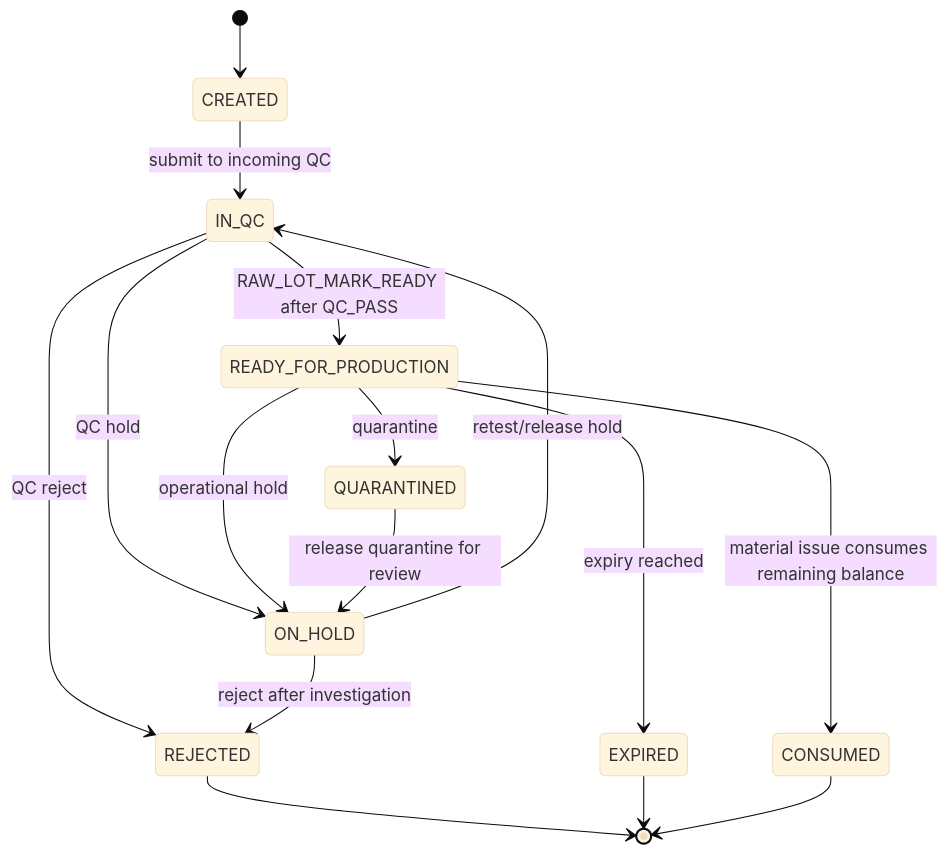
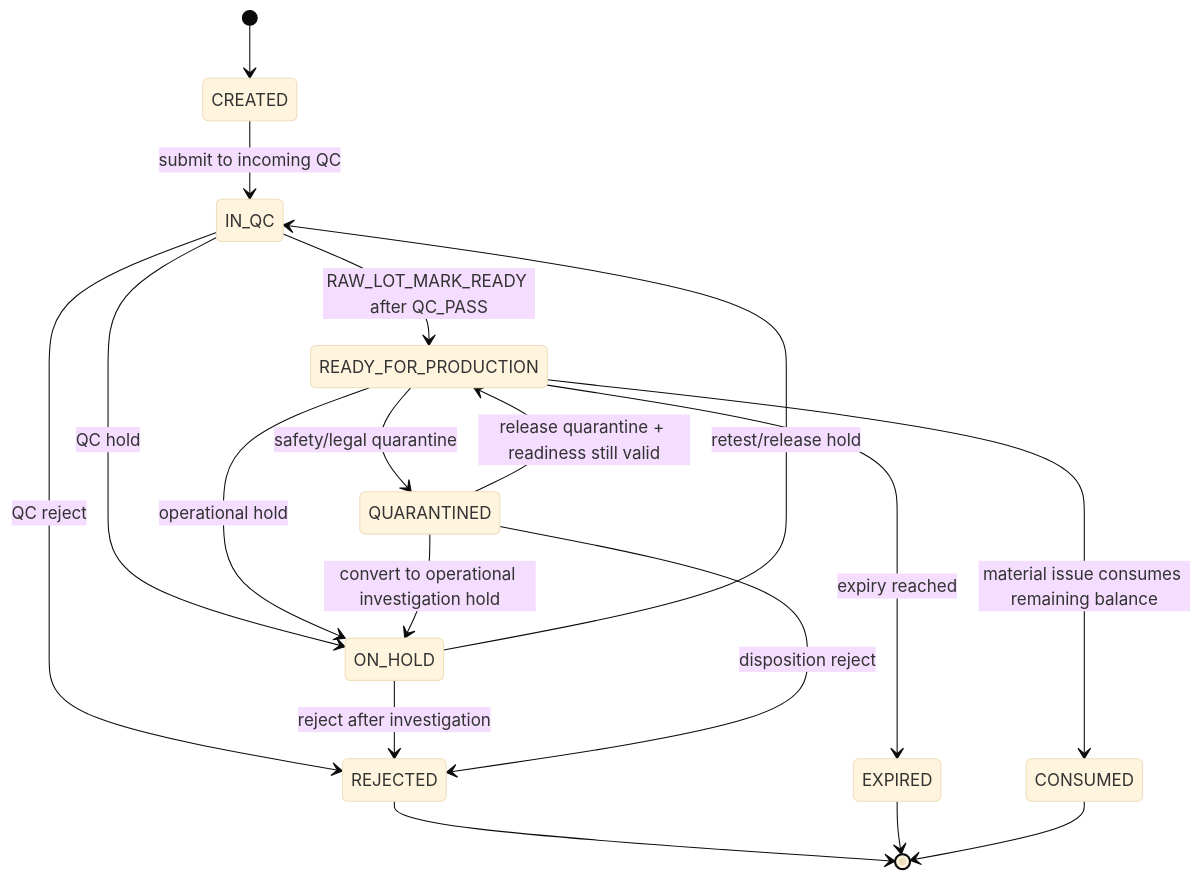
The first of 4 diagrams in docs/software-specs/modules/06_RAW_MATERIAL.md (ngquoctoan2001/Ginsengfood-Operational-System), drawn with Mermaid (base theme) before and after one commit. The commit also changed other lines of this file and 125 other files, not shown here.

````diff
--- a/docs/software-specs/modules/06_RAW_MATERIAL.md
+++ b/docs/software-specs/modules/06_RAW_MATERIAL.md
@@ -138,18 +138,20 @@
 ```mermaid
 stateDiagram-v2
     [*] --> CREATED
     CREATED --> IN_QC: submit to incoming QC
     IN_QC --> ON_HOLD: QC hold
     IN_QC --> REJECTED: QC reject
     IN_QC --> READY_FOR_PRODUCTION: RAW_LOT_MARK_READY after QC_PASS
     ON_HOLD --> IN_QC: retest/release hold
     ON_HOLD --> REJECTED: reject after investigation
     READY_FOR_PRODUCTION --> ON_HOLD: operational hold
-    READY_FOR_PRODUCTION --> QUARANTINED: quarantine
+    READY_FOR_PRODUCTION --> QUARANTINED: safety/legal quarantine
     READY_FOR_PRODUCTION --> EXPIRED: expiry reached
     READY_FOR_PRODUCTION --> CONSUMED: material issue consumes remaining balance
-    QUARANTINED --> ON_HOLD: release quarantine for review
+    QUARANTINED --> READY_FOR_PRODUCTION: release quarantine + readiness still valid
+    QUARANTINED --> ON_HOLD: convert to operational investigation hold
+    QUARANTINED --> REJECTED: disposition reject
     REJECTED --> [*]
     EXPIRED --> [*]
     CONSUMED --> [*]
 ```
````
